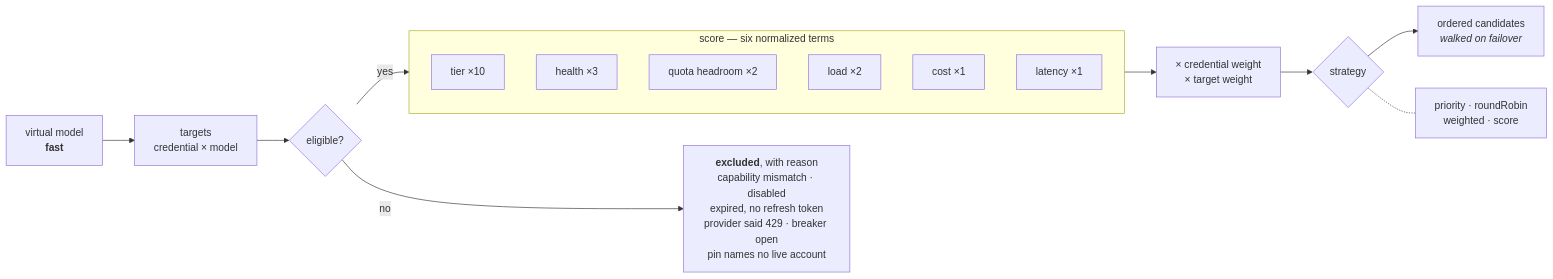
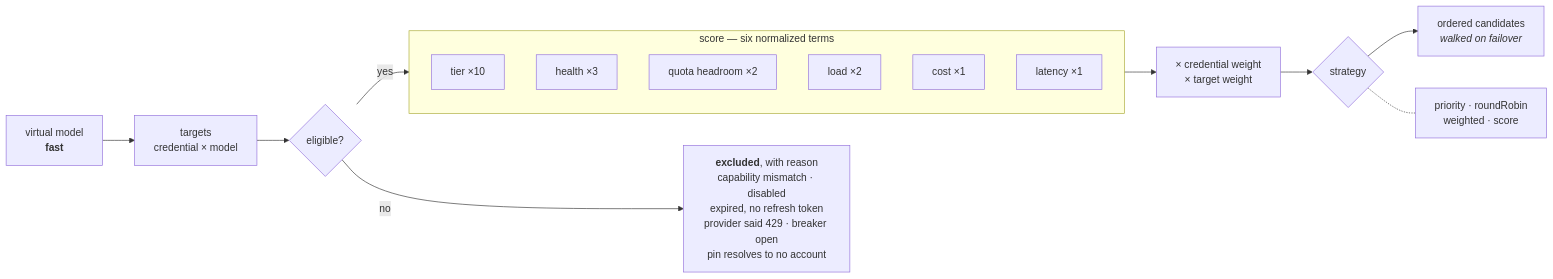
One commit to harismawan/omnigateway changed the third of 16 diagrams in ARCHITECTURE.md. Above: the diagram before and after it, drawn with Mermaid. The commit also changed other lines of this file and 11 other files, not shown here.

````diff
--- a/ARCHITECTURE.md
+++ b/ARCHITECTURE.md
@@ -113,23 +113,23 @@
 ```mermaid
 flowchart LR
   vm["virtual model<br/><b>fast</b>"] --> targets["targets<br/>credential × model"]
 
   targets --> filter{eligible?}
-  filter -- no --> excl["<b>excluded</b>, with reason<br/>capability mismatch · disabled<br/>expired, no refresh token<br/>provider said 429 · breaker open<br/>pin names no live account"]
+  filter -- no --> excl["<b>excluded</b>, with reason<br/>capability mismatch · disabled<br/>expired, no refresh token<br/>provider said 429 · breaker open<br/>pin resolves to no account"]
   filter -- yes --> score
 
   subgraph score["score — six normalized terms"]
     direction TB
     t["tier ×10"]
     h["health ×3"]
     q["quota headroom ×2"]
     l["load ×2"]
     c["cost ×1"]
     lat["latency ×1"]
   end
 
   score --> mult["× credential weight<br/>× target weight"]
   mult --> strat{strategy}
   strat --> out["ordered candidates<br/><i>walked on failover</i>"]
   strat -.- opts["priority · roundRobin<br/>weighted · score"]
 ```
````
